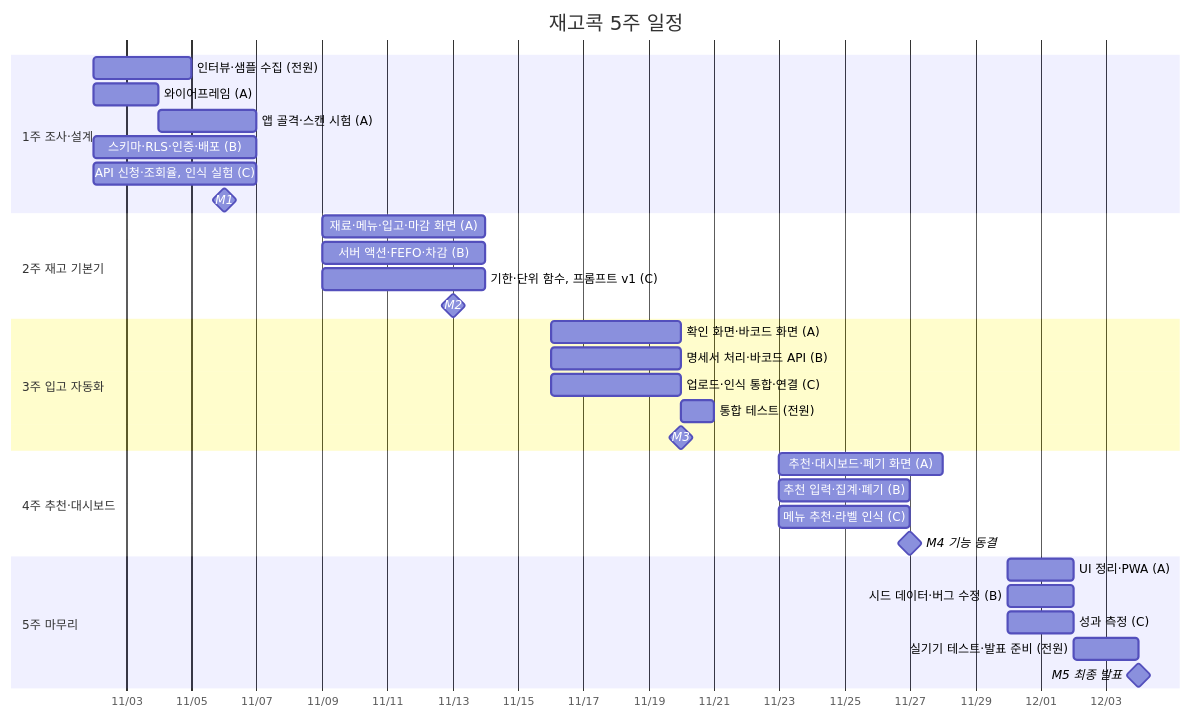
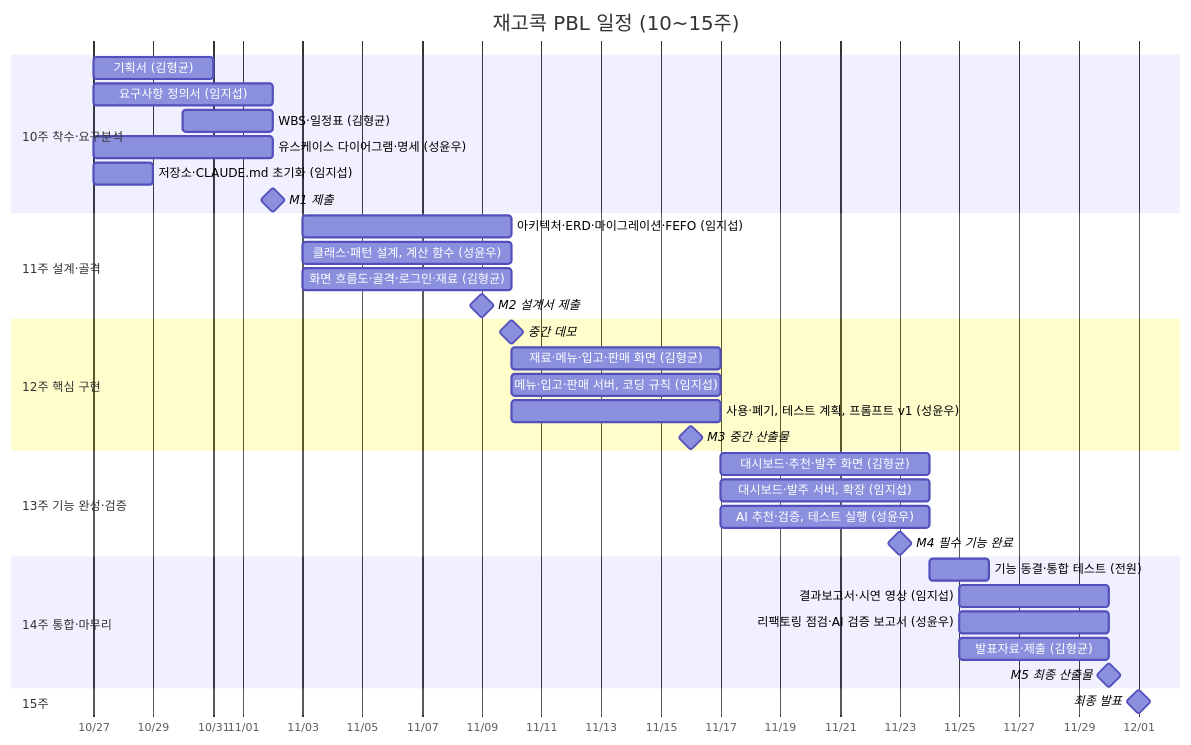
The diagram in docs/05_일정표.md (semicolon213/infood), drawn with Mermaid before and after one commit. The commit also changed other lines of this file and 13 other files, not shown here.

````diff
--- a/docs/05_일정표.md
+++ b/docs/05_일정표.md
@@ -23,40 +52,43 @@
 ```mermaid
 gantt
-    title 재고콕 5주 일정
+    title 재고콕 PBL 일정 (10~15주)
     dateFormat  YYYY-MM-DD
     axisFormat  %m/%d
 
-    section 1주 조사·설계
-    인터뷰·샘플 수집 (전원)            :2026-11-02, 3d
-    와이어프레임 (A)                   :2026-11-02, 2d
-    앱 골격·스캔 시험 (A)              :2026-11-04, 3d
-    스키마·RLS·인증·배포 (B)           :2026-11-02, 5d
-    API 신청·조회율, 인식 실험 (C)     :2026-11-02, 5d
-    M1                                 :milestone, 2026-11-06, 0d
+    section 10주 착수·요구분석
+    기획서 (김형균)                         :2026-10-27, 4d
+    요구사항 정의서 (임지섭)                :2026-10-27, 6d
+    WBS·일정표 (김형균)                     :2026-10-30, 3d
+    유스케이스 다이어그램·명세 (성윤우)     :2026-10-27, 6d
+    저장소·CLAUDE.md 초기화 (임지섭)        :2026-10-27, 2d
+    M1 제출                                 :milestone, 2026-11-02, 0d
 
-    section 2주 재고 기본기
-    재료·메뉴·입고·마감 화면 (A)       :2026-11-09, 5d
-    서버 액션·FEFO·차감 (B)            :2026-11-09, 5d
-    기한·단위 함수, 프롬프트 v1 (C)    :2026-11-09, 5d
-    M2                                 :milestone, 2026-11-13, 0d
+    section 11주 설계·골격
+    아키텍처·ERD·마이그레이션·FEFO (임지섭) :2026-11-03, 7d
+    클래스·패턴 설계, 계산 함수 (성윤우)    :2026-11-03, 7d
+    화면 흐름도·골격·로그인·재료 (김형균)   :2026-11-03, 7d
+    M2 설계서 제출                          :milestone, 2026-11-09, 0d
 
-    section 3주 입고 자동화
-    확인 화면·바코드 화면 (A)          :2026-11-16, 4d
-    명세서 처리·바코드 API (B)         :2026-11-16, 4d
-    업로드·인식 통합·연결 (C)          :2026-11-16, 4d
-    통합 테스트 (전원)                 :2026-11-20, 1d
-    M3                                 :milestone, 2026-11-20, 0d
+    section 12주 핵심 구현
+    중간 데모                               :milestone, 2026-11-10, 0d
+    재료·메뉴·입고·판매 화면 (김형균)       :2026-11-10, 7d
+    메뉴·입고·판매 서버, 코딩 규칙 (임지섭) :2026-11-10, 7d
+    사용·폐기, 테스트 계획, 프롬프트 v1 (성윤우) :2026-11-10, 7d
+    M3 중간 산출물                          :milestone, 2026-11-16, 0d
 
-    section 4주 추천·대시보드
-    추천·대시보드·폐기 화면 (A)        :2026-11-23, 5d
-    추천 입력·집계·폐기 (B)            :2026-11-23, 4d
-    메뉴 추천·라벨 인식 (C)            :2026-11-23, 4d
-    M4 기능 동결                       :milestone, 2026-11-27, 0d
+    section 13주 기능 완성·검증
+    대시보드·추천·발주 화면 (김형균)        :2026-11-17, 7d
+    대시보드·발주 서버, 확장 (임지섭)       :2026-11-17, 7d
+    AI 추천·검증, 테스트 실행 (성윤우)      :2026-11-17, 7d
+    M4 필수 기능 완료                       :milestone, 2026-11-23, 0d
 
-    section 5주 마무리
-    UI 정리·PWA (A)                    :2026-11-30, 2d
-    시드 데이터·버그 수정 (B)          :2026-11-30, 2d
-    성과 측정 (C)                      :2026-11-30, 2d
-    실기기 테스트·발표 준비 (전원)     :2026-12-02, 2d
-    M5 최종 발표                       :milestone, 2026-12-04, 0d
+    section 14주 통합·마무리
+    기능 동결·통합 테스트 (전원)            :2026-11-24, 2d
+    결과보고서·시연 영상 (임지섭)           :2026-11-25, 5d
+    리팩토링 점검·AI 검증 보고서 (성윤우)   :2026-11-25, 5d
+    발표자료·제출 (김형균)                  :2026-11-25, 5d
+    M5 최종 산출물                          :milestone, 2026-11-30, 0d
+
+    section 15주
+    최종 발표                               :milestone, 2026-12-01, 0d
 ```
````
